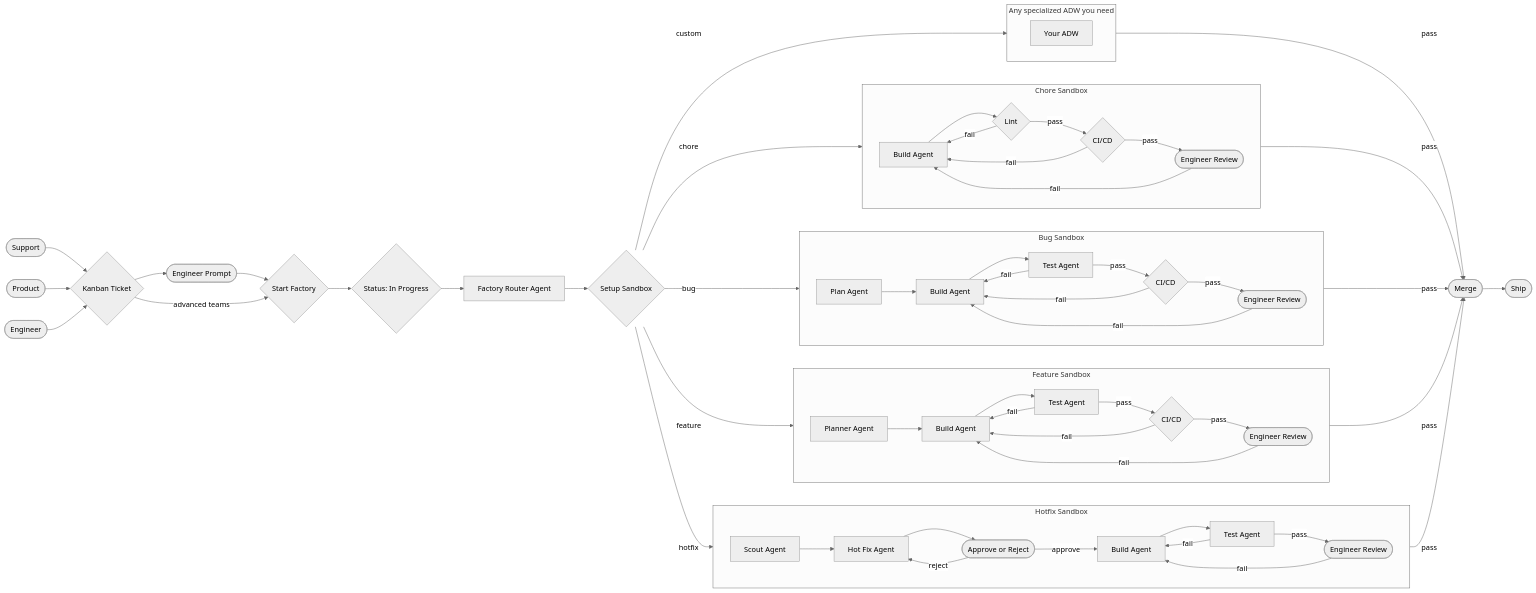
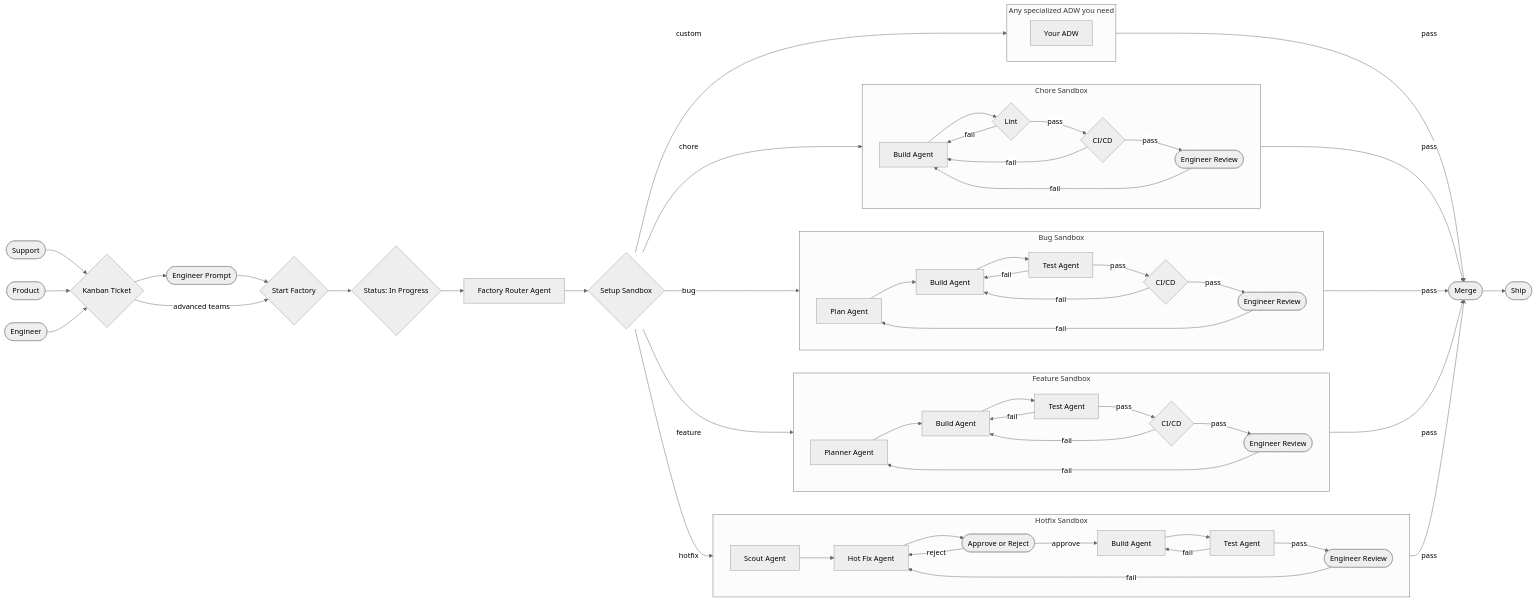
Diagram 14 of 14 in README.md (shaun-agent/agentic-coding-development-toolkit), drawn with Mermaid (neutral theme) before and after one commit.

Commit message:
Fix S13 review failure routing

````diff
--- a/README.md
+++ b/README.md
@@ -445,79 +445,79 @@
 ```mermaid
 flowchart LR
     s13_support_human(["Support"])
     s13_product_human(["Product"])
     s13_engineer_human(["Engineer"])
     s13_ticket_code{"Kanban Ticket"}
     s13_prompt_human(["Engineer Prompt"])
     s13_start_code{"Start Factory"}
     s13_progress_code{"Status: In Progress"}
     s13_router_agent["Factory Router Agent"]
     s13_setup_code{"Setup Sandbox"}
     s13_merge_human(["Merge"])
     s13_ship_human(["Ship"])
 
     s13_support_human --> s13_ticket_code
     s13_product_human --> s13_ticket_code
     s13_engineer_human --> s13_ticket_code
     s13_ticket_code --> s13_prompt_human --> s13_start_code
     s13_ticket_code -->|advanced teams| s13_start_code
     s13_start_code --> s13_progress_code --> s13_router_agent --> s13_setup_code
 
     subgraph s13_hotfix_group["Hotfix Sandbox"]
         direction LR
         s13_hot_scout_agent["Scout Agent"] --> s13_hot_fix_agent["Hot Fix Agent"] --> s13_hot_gate_human(["Approve or Reject"])
         s13_hot_gate_human -->|reject| s13_hot_fix_agent
         s13_hot_gate_human -->|approve| s13_hot_build_agent["Build Agent"]
         s13_hot_build_agent --> s13_hot_test_agent["Test Agent"]
         s13_hot_test_agent -->|fail| s13_hot_build_agent
         s13_hot_test_agent -->|pass| s13_hot_review_human(["Engineer Review"])
-        s13_hot_review_human -->|fail| s13_hot_build_agent
+        s13_hot_review_human -->|fail| s13_hot_fix_agent
     end
 
     subgraph s13_feature_group["Feature Sandbox"]
         direction LR
         s13_feature_plan_agent["Planner Agent"] --> s13_feature_build_agent["Build Agent"] --> s13_feature_test_agent["Test Agent"]
         s13_feature_test_agent -->|fail| s13_feature_build_agent
         s13_feature_test_agent -->|pass| s13_feature_cicd_code{"CI/CD"}
         s13_feature_cicd_code -->|fail| s13_feature_build_agent
         s13_feature_cicd_code -->|pass| s13_feature_review_human(["Engineer Review"])
-        s13_feature_review_human -->|fail| s13_feature_build_agent
+        s13_feature_review_human -->|fail| s13_feature_plan_agent
     end
 
     subgraph s13_bug_group["Bug Sandbox"]
         direction LR
         s13_bug_plan_agent["Plan Agent"] --> s13_bug_build_agent["Build Agent"] --> s13_bug_test_agent["Test Agent"]
         s13_bug_test_agent -->|fail| s13_bug_build_agent
         s13_bug_test_agent -->|pass| s13_bug_cicd_code{"CI/CD"}
         s13_bug_cicd_code -->|fail| s13_bug_build_agent
         s13_bug_cicd_code -->|pass| s13_bug_review_human(["Engineer Review"])
-        s13_bug_review_human -->|fail| s13_bug_build_agent
+        s13_bug_review_human -->|fail| s13_bug_plan_agent
     end
 
     subgraph s13_chore_group["Chore Sandbox"]
         direction LR
         s13_chore_build_agent["Build Agent"] --> s13_chore_lint_code{"Lint"}
         s13_chore_lint_code -->|fail| s13_chore_build_agent
         s13_chore_lint_code -->|pass| s13_chore_cicd_code{"CI/CD"}
         s13_chore_cicd_code -->|fail| s13_chore_build_agent
         s13_chore_cicd_code -->|pass| s13_chore_review_human(["Engineer Review"])
         s13_chore_review_human -->|fail| s13_chore_build_agent
     end
 
     subgraph s13_custom_group["Any specialized ADW you need"]
         direction LR
         s13_custom_agent["Your ADW"]
     end
 
     s13_setup_code -->|hotfix| s13_hot_scout_agent
     s13_setup_code -->|feature| s13_feature_plan_agent
     s13_setup_code -->|bug| s13_bug_plan_agent
     s13_setup_code -->|chore| s13_chore_build_agent
     s13_setup_code -->|custom| s13_custom_agent
     s13_hot_review_human -->|pass| s13_merge_human
     s13_feature_review_human -->|pass| s13_merge_human
     s13_bug_review_human -->|pass| s13_merge_human
     s13_chore_review_human -->|pass| s13_merge_human
     s13_custom_agent -->|pass| s13_merge_human
     s13_merge_human --> s13_ship_human
 ```
````
